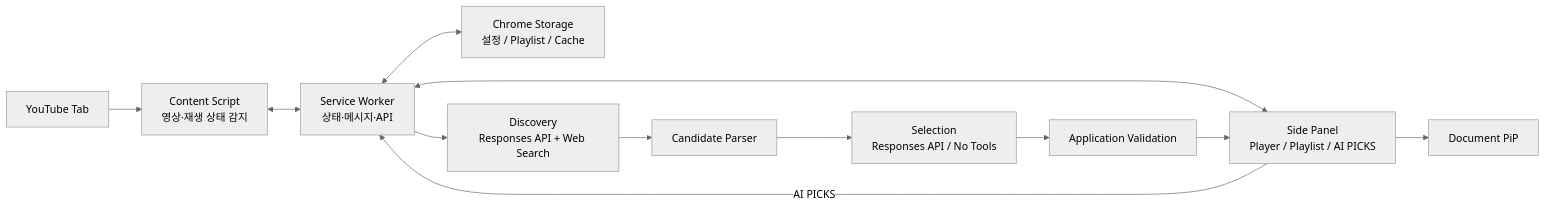
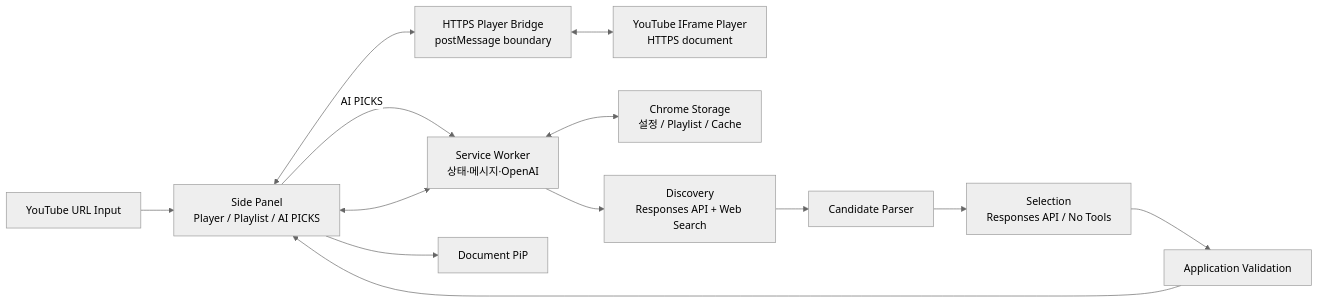
One commit to seoheejung/pixel-jukebox changed the diagram in .project/plan.md. Above: the diagram before and after it, drawn with Mermaid (neutral theme). The commit also changed other lines of this file and 39 other files, not shown here.

Commit message:
feat: move playback to https player bridge

````diff
--- a/.project/plan.md
+++ b/.project/plan.md
@@ -110,26 +231,28 @@
 ```mermaid
 flowchart LR
-    YouTube["YouTube Tab"]
-    Content["Content Script<br/>영상·재생 상태 감지"]
-    Worker["Service Worker<br/>상태·메시지·API"]
+    Input["YouTube URL Input"]
+    Bridge["HTTPS Player Bridge<br/>postMessage boundary"]
+    Embed["YouTube IFrame Player<br/>HTTPS document"]
+    Worker["Service Worker<br/>상태·메시지·OpenAI"]
     Panel["Side Panel<br/>Player / Playlist / AI PICKS"]
     Storage["Chrome Storage<br/>설정 / Playlist / Cache"]
     PiP["Document PiP"]
     Discovery["Discovery<br/>Responses API + Web Search"]
     Parser["Candidate Parser"]
     Selection["Selection<br/>Responses API / No Tools"]
     Validation["Application Validation"]
 
-    YouTube --> Content
-    Content <--> Worker
+    Input --> Panel
+    Panel <--> Bridge
+    Bridge <--> Embed
     Worker <--> Panel
     Worker <--> Storage
     Panel --> PiP
 
     Panel -->|"AI PICKS"| Worker
     Worker --> Discovery
     Discovery --> Parser
     Parser --> Selection
     Selection --> Validation
     Validation --> Panel
 ```
````
